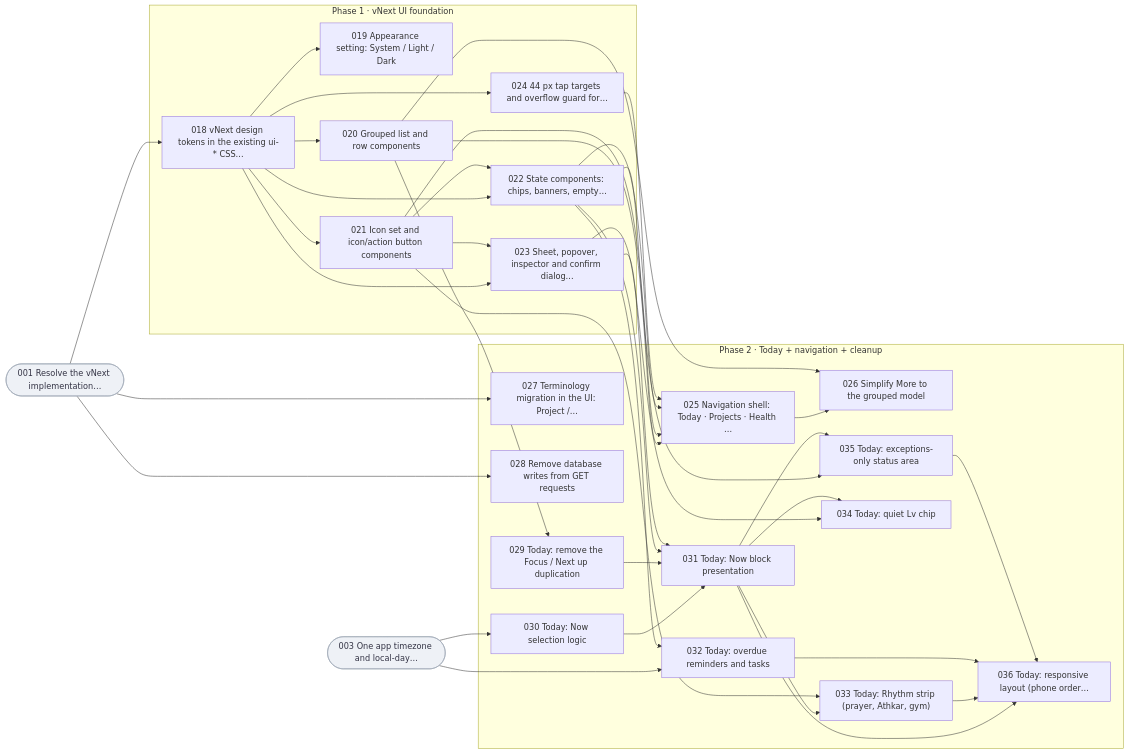
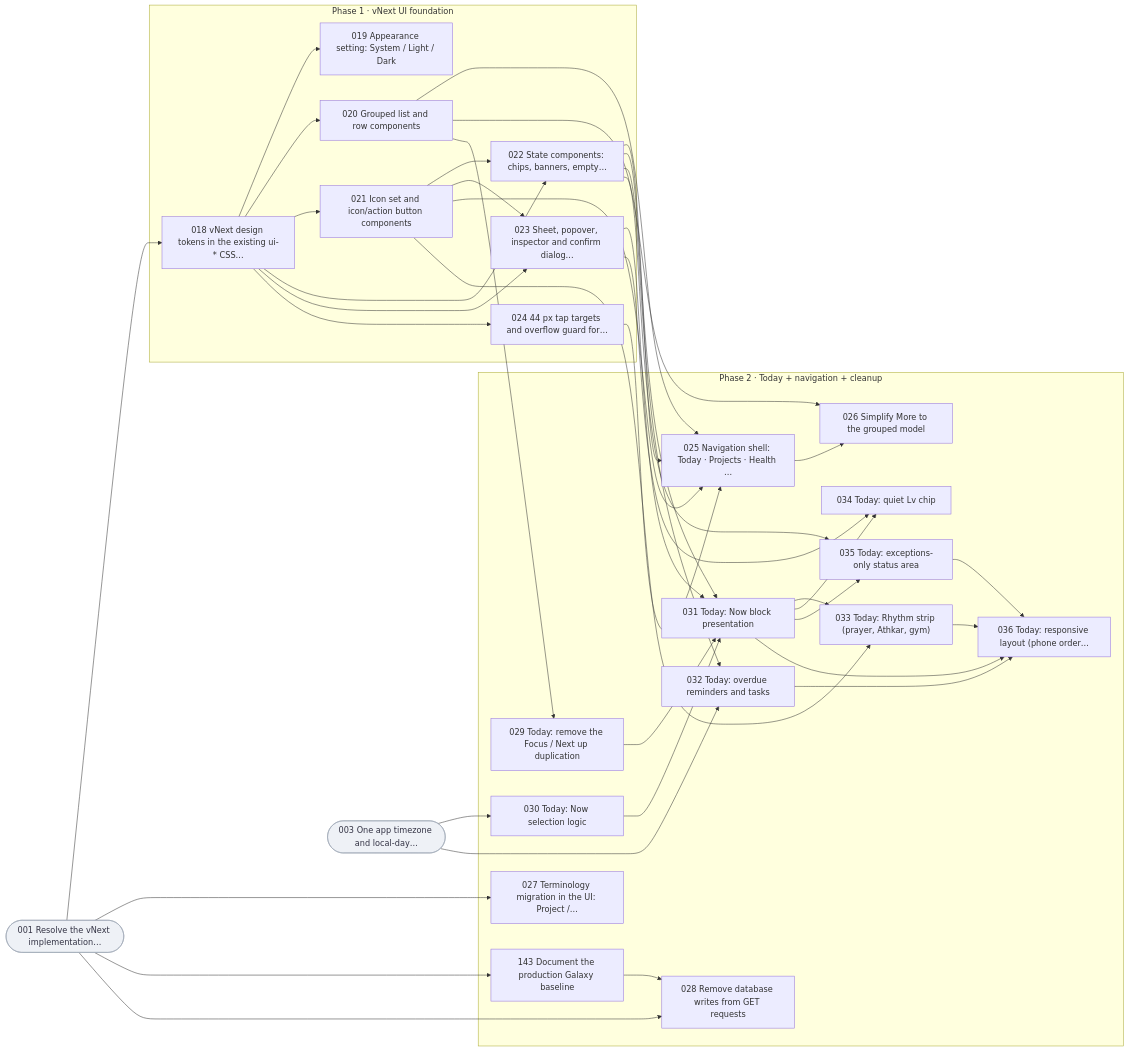
One commit to JayDalool/gyst-lifeops changed the third of 8 diagrams in docs/audit/vnext/16_DEPENDENCY_MAP.md. Above: the diagram before and after it, drawn with Mermaid. The commit also changed other lines of this file and 4 other files, not shown here.

````diff
--- a/docs/audit/vnext/16_DEPENDENCY_MAP.md
+++ b/docs/audit/vnext/16_DEPENDENCY_MAP.md
@@ -135,65 +135,68 @@
 ```mermaid
 flowchart LR
   subgraph P1["Phase 1 · vNext UI foundation"]
     tokens["018 vNext design tokens in the existing ui-* CSS…"]
     appear["019 Appearance setting: System / Light / Dark"]
     lists["020 Grouped list and row components"]
     icons["021 Icon set and icon/action button components"]
     states["022 State components: chips, banners, empty…"]
     sheets["023 Sheet, popover, inspector and confirm dialog…"]
     taps["024 44 px tap targets and overflow guard for…"]
   end
   subgraph P2["Phase 2 · Today + navigation + cleanup"]
     nav["025 Navigation shell: Today · Projects · Health …"]
     more["026 Simplify More to the grouped model"]
     terms["027 Terminology migration in the UI: Project /…"]
+    gbase["143 Document the production Galaxy baseline"]
     getwrites["028 Remove database writes from GET requests"]
     tdedupe["029 Today: remove the Focus / Next up duplication"]
     nowlogic["030 Today: Now selection logic"]
     nowui["031 Today: Now block presentation"]
     overdue["032 Today: overdue reminders and tasks"]
     rhythm["033 Today: Rhythm strip (prayer, Athkar, gym)"]
     xp["034 Today: quiet Lv chip"]
     status["035 Today: exceptions-only status area"]
     tresp["036 Today: responsive layout (phone order…"]
   end
   base --> tokens
   tokens --> appear
   tokens --> lists
   tokens --> icons
   tokens --> states
   icons --> states
   tokens --> sheets
   icons --> sheets
   tokens --> taps
   lists --> nav
   icons --> nav
   states --> nav
   taps --> nav
   nav --> more
   lists --> more
   base --> terms
+  base --> gbase
   base --> getwrites
+  gbase --> getwrites
   lists --> tdedupe
   tz --> nowlogic
   nowlogic --> nowui
   tdedupe --> nowui
   states --> nowui
   sheets --> nowui
   tz --> overdue
   states --> overdue
   nowui --> rhythm
   icons --> rhythm
   sheets --> xp
   nowui --> xp
   states --> status
   nowui --> status
   nowui --> tresp
   rhythm --> tresp
   overdue --> tresp
   status --> tresp
   base(["001 Resolve the vNext implementation…"]):::ext
   tz(["003 One app timezone and local-day…"]):::ext
   classDef ext fill:#eef1f6,stroke:#9aa4b2,color:#334
   classDef crit stroke:#d64545,stroke-width:3px
 ```
````
